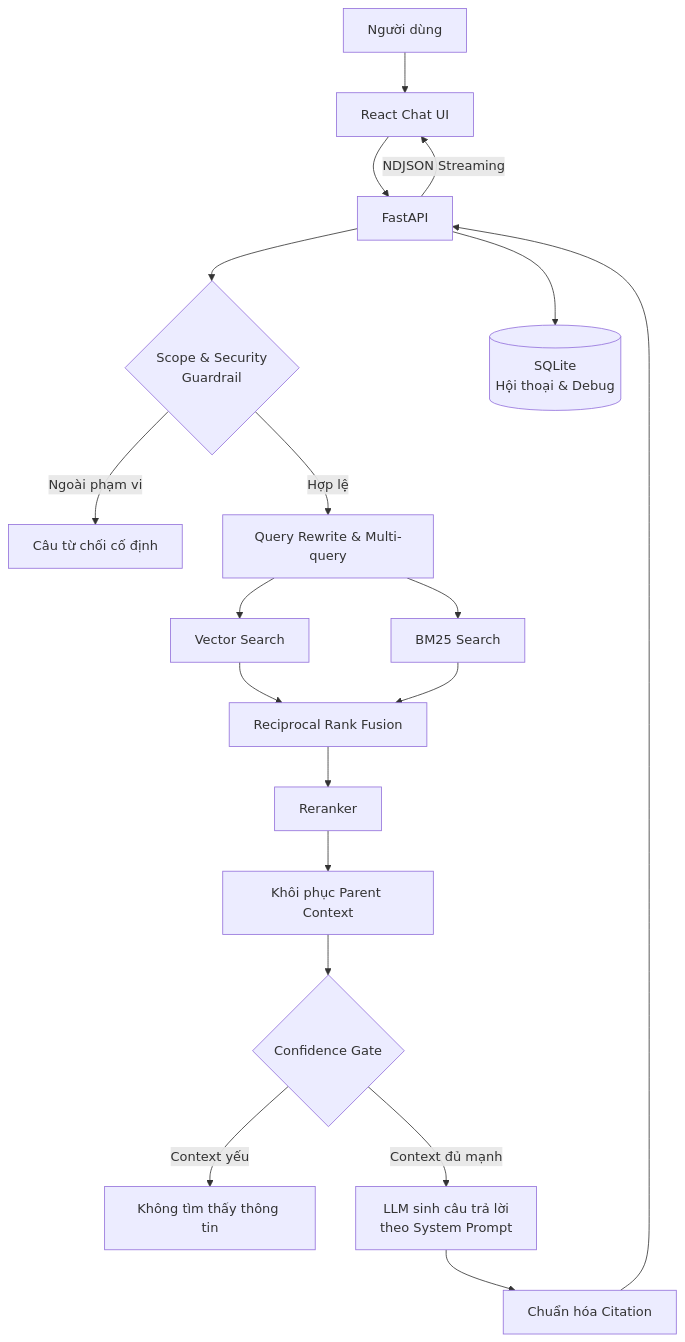
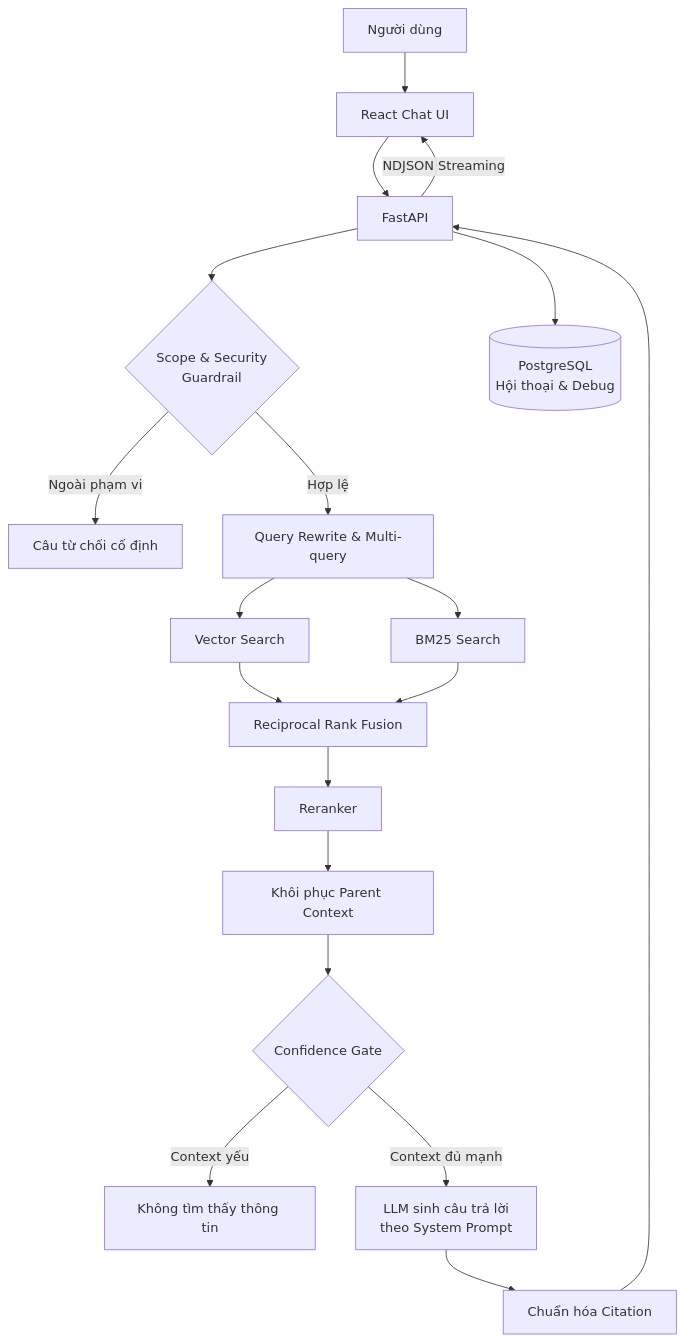
The second of 2 diagrams in README.md (8thMay03/PTIT-Chatbot), drawn with Mermaid before and after one commit. The commit also changed other lines of this file and 19 other files, not shown here.

````diff
--- a/README.md
+++ b/README.md
@@ -58,25 +58,25 @@
 ```mermaid
 flowchart TD
     U["Người dùng"] --> UI["React Chat UI"]
     UI --> API["FastAPI"]
     API --> GR{"Scope & Security<br/>Guardrail"}
 
     GR -->|"Ngoài phạm vi"| REFUSE["Câu từ chối cố định"]
     GR -->|"Hợp lệ"| QR["Query Rewrite & Multi-query"]
 
     QR --> VS["Vector Search"]
     QR --> BM["BM25 Search"]
     VS --> RRF["Reciprocal Rank Fusion"]
     BM --> RRF
     RRF --> RR["Reranker"]
     RR --> PC["Khôi phục Parent Context"]
     PC --> CF{"Confidence Gate"}
 
     CF -->|"Context yếu"| NOCTX["Không tìm thấy thông tin"]
     CF -->|"Context đủ mạnh"| LLM["LLM sinh câu trả lời<br/>theo System Prompt"]
     LLM --> CIT["Chuẩn hóa Citation"]
     CIT --> API
     API -->|"NDJSON Streaming"| UI
 
-    API --> DB[("SQLite<br/>Hội thoại & Debug")]
+    API --> DB[("PostgreSQL<br/>Hội thoại & Debug")]
 ```
````
